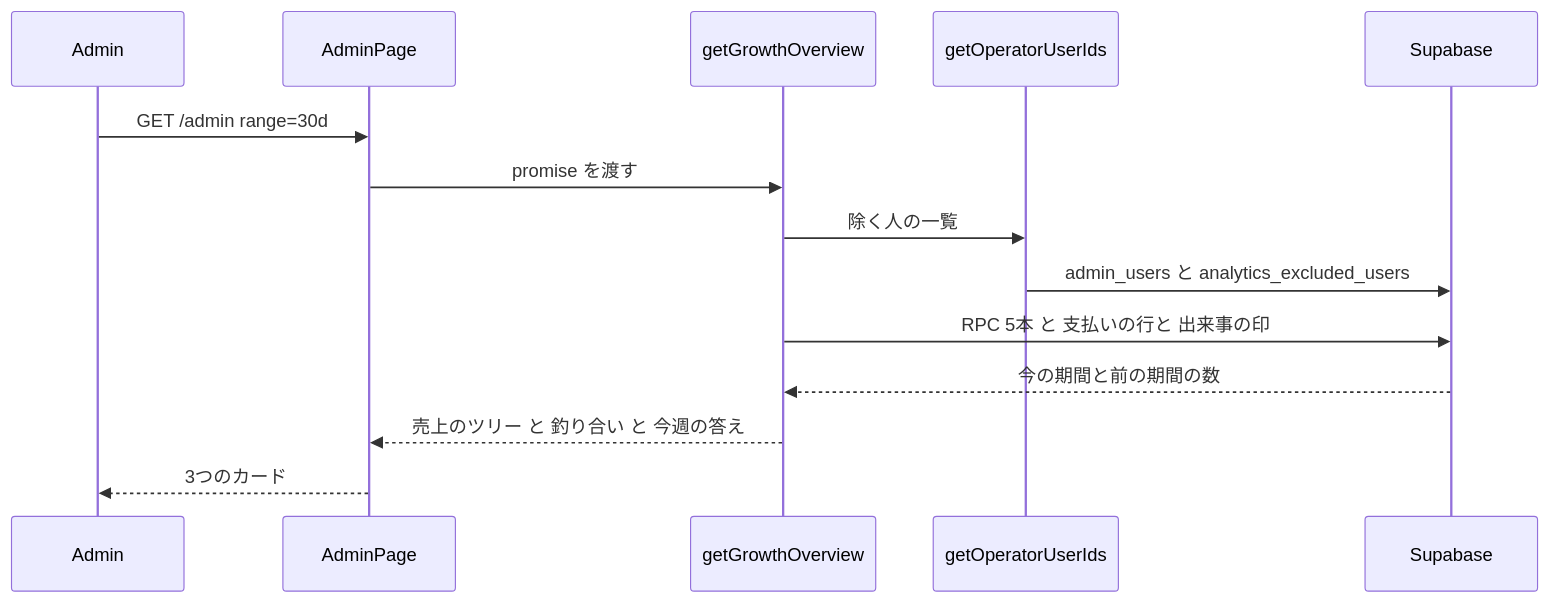
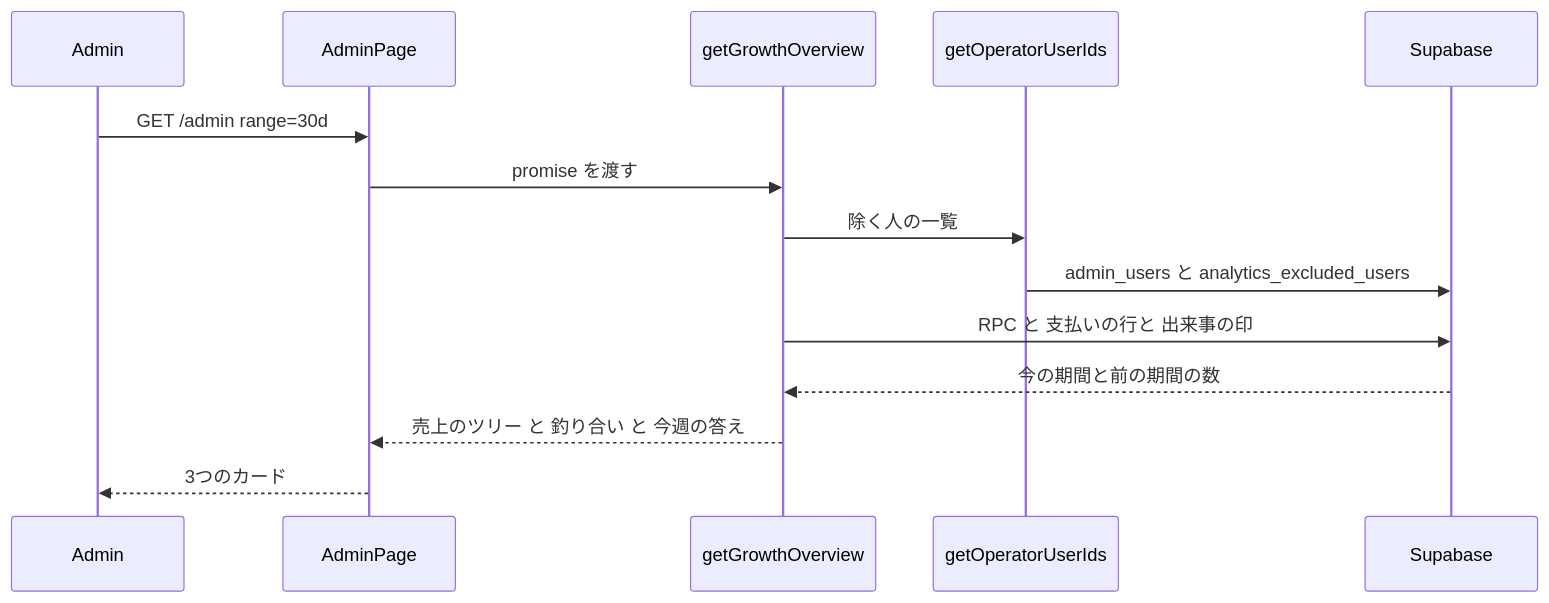
The first of 4 diagrams in docs/planning/admin-growth-overview-p1-p2-implementation-plan.md (3balljugglerYu/ai_coordinate), drawn with Mermaid before and after one commit. The commit also changed other lines of this file, not shown here.

First line of the commit message:
docs(planning): close RPC grants, count active users from jobs, bound per-user RPCs, strict exclusion

````diff
--- a/docs/planning/admin-growth-overview-p1-p2-implementation-plan.md
+++ b/docs/planning/admin-growth-overview-p1-p2-implementation-plan.md
@@ -56,16 +57,16 @@
 ```mermaid
 sequenceDiagram
     participant A as Admin
     participant P as AdminPage
     participant G as getGrowthOverview
     participant O as getOperatorUserIds
     participant DB as Supabase
     A->>P: GET /admin range=30d
     P->>G: promise を渡す
     G->>O: 除く人の一覧
     O->>DB: admin_users と analytics_excluded_users
-    G->>DB: RPC 5本 と 支払いの行と 出来事の印
+    G->>DB: RPC と 支払いの行と 出来事の印
     DB-->>G: 今の期間と前の期間の数
     G-->>P: 売上のツリー と 釣り合い と 今週の答え
     P-->>A: 3つのカード
 ```
````
